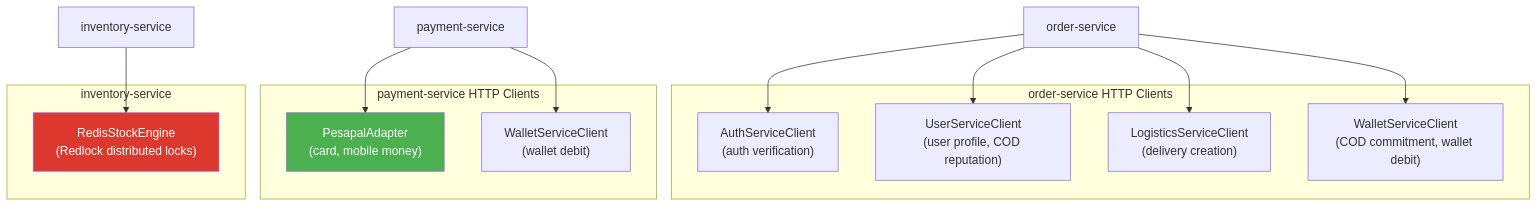
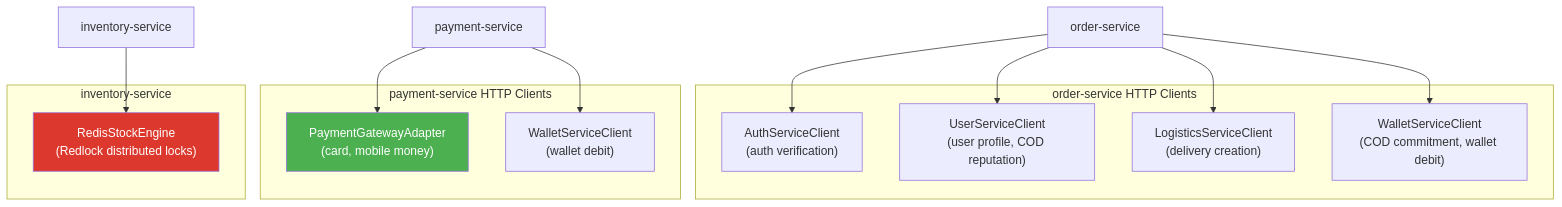
Before and after one commit to maysar-014/maysar-express-backend: the second of 6 diagrams in docs/architecture/service-dependency-map.md, drawn with Mermaid. The commit also changed 158 other files, not shown here.

````diff
--- a/docs/architecture/service-dependency-map.md
+++ b/docs/architecture/service-dependency-map.md
@@ -86,25 +86,25 @@
 ```mermaid
 graph TB
     subgraph OrderServiceClients["order-service HTTP Clients"]
         AUTH_CLIENT["AuthServiceClient\n(auth verification)"]
         USER_CLIENT["UserServiceClient\n(user profile, COD reputation)"]
         LOG_CLIENT["LogisticsServiceClient\n(delivery creation)"]
         WAL_CLIENT["WalletServiceClient\n(COD commitment, wallet debit)"]
     end
 
     subgraph PaymentServiceClients["payment-service HTTP Clients"]
-        PESAPAL_ADAPTER["PesapalAdapter\n(card, mobile money)"]
+        PAYMENT_GATEWAY_ADAPTER["PaymentGatewayAdapter\n(card, mobile money)"]
         WALLET_CLIENT2["WalletServiceClient\n(wallet debit)"]
     end
 
     subgraph InventoryServiceClients["inventory-service"]
         REDIS_ENGINE["RedisStockEngine\n(Redlock distributed locks)"]
     end
 
     ORDER_SVC["order-service"] --> AUTH_CLIENT & USER_CLIENT & LOG_CLIENT & WAL_CLIENT
-    PAY_SVC["payment-service"] --> PESAPAL_ADAPTER & WALLET_CLIENT2
+    PAY_SVC["payment-service"] --> PAYMENT_GATEWAY_ADAPTER & WALLET_CLIENT2
     INV_SVC["inventory-service"] --> REDIS_ENGINE
 
-    style PESAPAL_ADAPTER fill:#4CAF50,color:#fff
+    style PAYMENT_GATEWAY_ADAPTER fill:#4CAF50,color:#fff
     style REDIS_ENGINE fill:#DC382D,color:#fff
 ```
````
